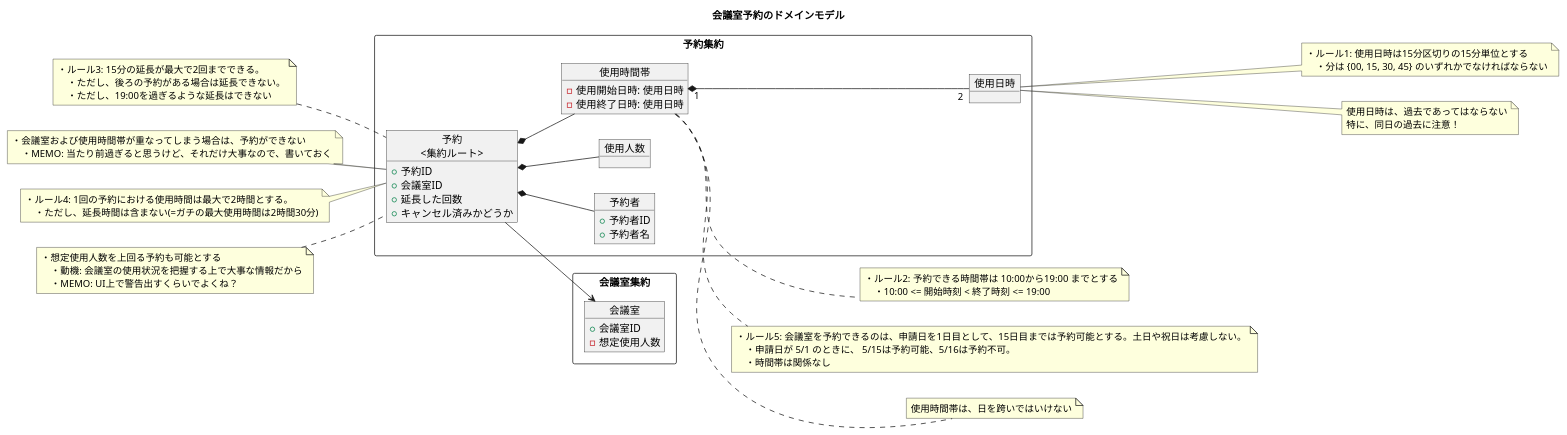
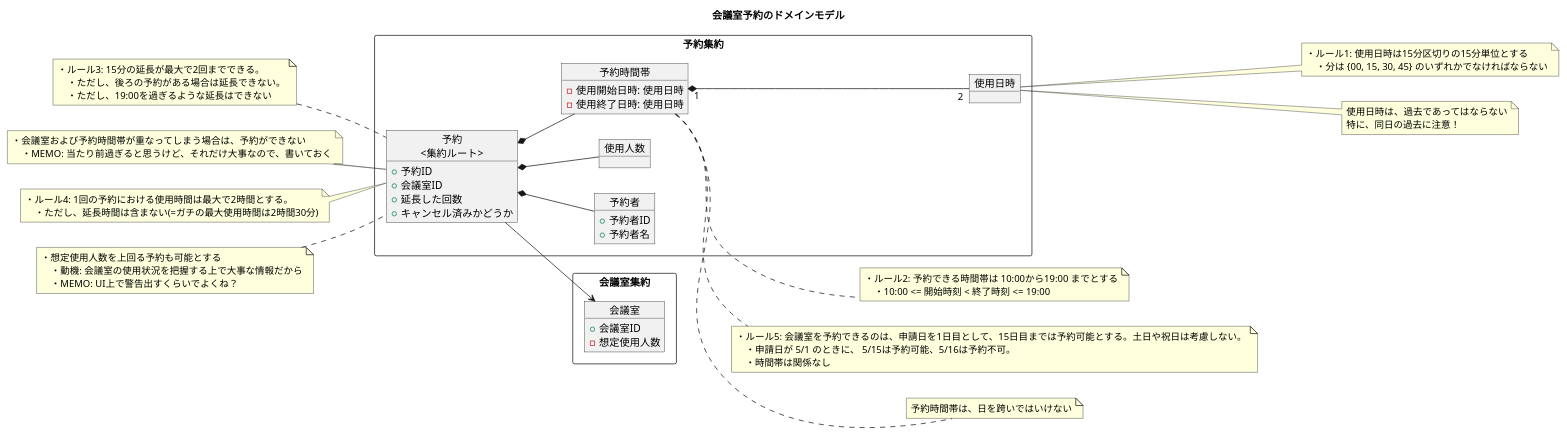
The diagram in diagram/ドメインモデル.puml (ModelingKai/meeting-room-python), drawn with PlantUML before and after one commit. The commit also changed 2 other files, not shown here.

Commit message:
ドメインモデルの更新。「使用時間帯」→「予約時間帯」

```diff
--- a/diagram/ドメインモデル.puml
+++ b/diagram/ドメインモデル.puml
@@ -1,105 +1,105 @@
 @startuml
 
 title 会議室予約のドメインモデル
 
 left to right direction
 
 
 rectangle 予約集約 {
     object "予約\n<集約ルート>" as c1 {
         + 予約ID
         + 会議室ID
         + 延長した回数
         + キャンセル済みかどうか
     }
 
     object 予約者 {
         + 予約者ID
         + 予約者名
     }
 
     object 使用人数 {
     }
 
-    object 使用時間帯 {
+    object 予約時間帯 {
         - 使用開始日時: 使用日時
         - 使用終了日時: 使用日時
     }
 
     object 使用日時 {
     }
 }
 
 
 rectangle 会議室集約 {
     object 会議室 {
         + 会議室ID
         - 想定使用人数
     }
 }
 
 
 c1 --> 会議室
 c1 *-- 予約者
 c1 *-- 使用人数
-c1 *-- 使用時間帯
-使用時間帯 "1" *-- "2" 使用日時
+c1 *-- 予約時間帯
+予約時間帯 "1" *-- "2" 使用日時
 
 ' ===== 予約 =====
 note left of c1
 ・ルール3: 15分の延長が最大で2回までできる。
     ・ただし、後ろの予約がある場合は延長できない。
     ・ただし、19:00を過ぎるような延長はできない
 end note
 
 note left of c1
-・会議室および使用時間帯が重なってしまう場合は、予約ができない
+・会議室および予約時間帯が重なってしまう場合は、予約ができない
     ・MEMO: 当たり前過ぎると思うけど、それだけ大事なので、書いておく
 end note
 
 note left of c1
 ・ルール4: 1回の予約における使用時間は最大で2時間とする。
     ・ただし、延長時間は含まない(=ガチの最大使用時間は2時間30分)
 end note
 
 note left of c1
 ・想定使用人数を上回る予約も可能とする
     ・動機: 会議室の使用状況を把握する上で大事な情報だから
     ・MEMO: UI上で警告出すくらいでよくね？
 end note
 
-' ===== 使用時間帯 =====
-note right of 使用時間帯
+' ===== 予約時間帯 =====
+note right of 予約時間帯
 ・ルール2: 予約できる時間帯は 10:00から19:00 までとする
     ・10:00 <= 開始時刻 < 終了時刻 <= 19:00
 end note
 
 
-note right of 使用時間帯
+note right of 予約時間帯
 ・ルール5: 会議室を予約できるのは、申請日を1日目として、15日目までは予約可能とする。土日や祝日は考慮しない。
 　・申請日が 5/1 のときに、 5/15は予約可能、5/16は予約不可。
 　・時間帯は関係なし
 end note
 
-note right of 使用時間帯
-使用時間帯は、日を跨いではいけない
+note right of 予約時間帯
+予約時間帯は、日を跨いではいけない
 end note
 
 
 ' ===== 使用日時 =====
 note right of 使用日時
 ・ルール1: 使用日時は15分区切りの15分単位とする
     ・分は {00, 15, 30, 45} のいずれかでなければならない
 end note
 
 note right of 使用日時
 使用日時は、過去であってはならない
 特に、同日の過去に注意！
 end note
 
 
 
 
 
 
 @enduml
```
